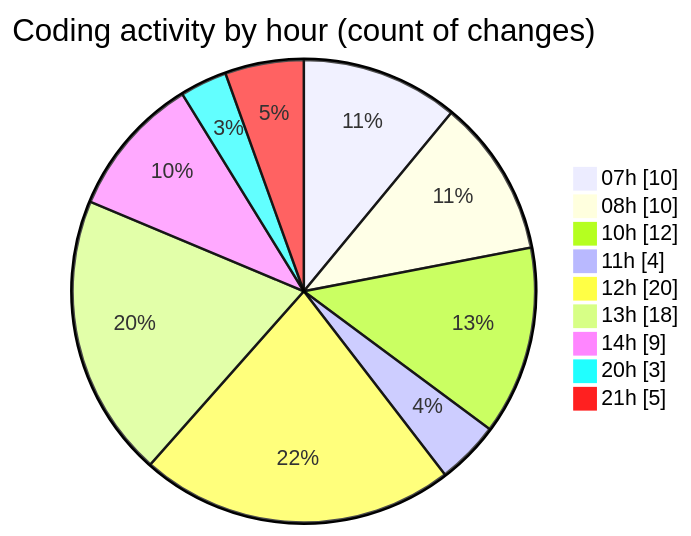
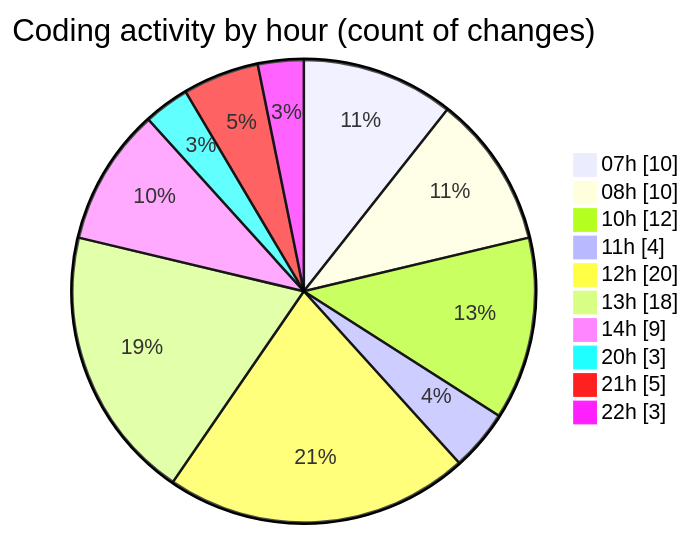
Before and after one commit to tmsrecording-cyber/code-tracking: the second of 2 diagrams in 2026-02-08/singularitybrainai/README.md, drawn with Mermaid. The commit also changed other lines of this file and 1 other file, not shown here.

````diff
--- a/2026-02-08/singularitybrainai/README.md
+++ b/2026-02-08/singularitybrainai/README.md
@@ -46,13 +46,14 @@
 ```mermaid
 pie showData
 title Coding activity by hour (count of changes)
 "07h" : 10
 "08h" : 10
 "10h" : 12
 "11h" : 4
 "12h" : 20
 "13h" : 18
 "14h" : 9
 "20h" : 3
 "21h" : 5
+"22h" : 3
 ```
````
